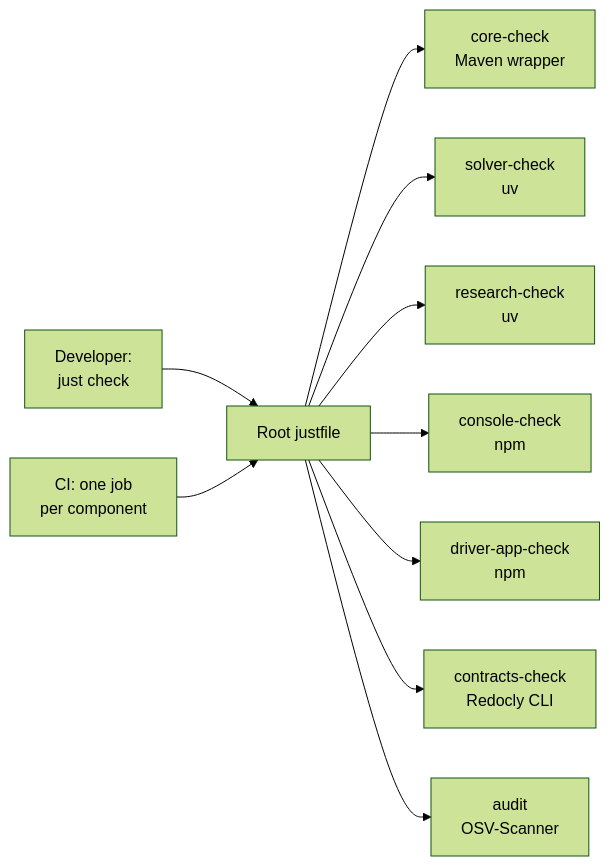
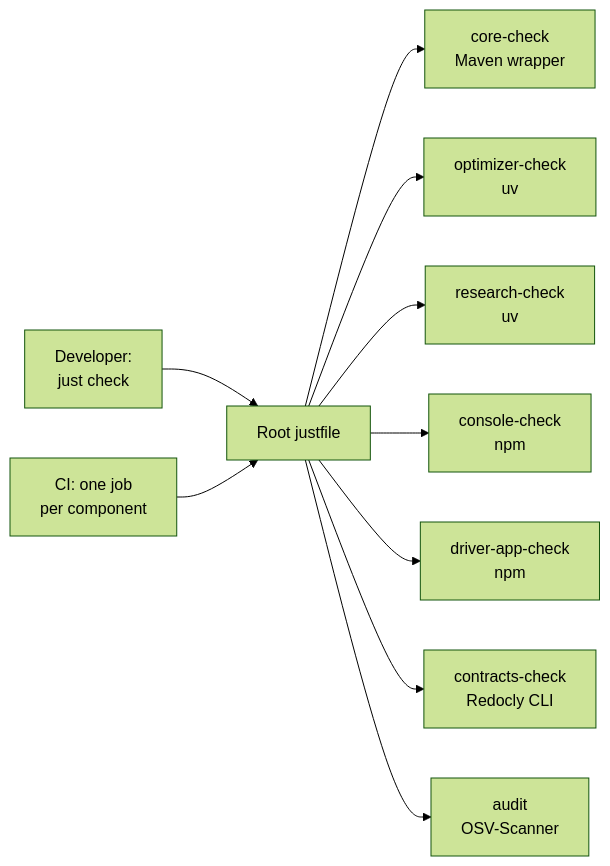
The diagram in docs/ADRs/ADR-009-just-as-the-single-entry-point.md (NaimElijah/DispatchFlow), drawn with Mermaid (forest theme) before and after one commit. The commit also changed other lines of this file and 158 other files, not shown here.

First line of the commit message:
refactor: rename the solver service to optimizer

````diff
--- a/docs/ADRs/ADR-009-just-as-the-single-entry-point.md
+++ b/docs/ADRs/ADR-009-just-as-the-single-entry-point.md
@@ -25,12 +25,12 @@
 ```mermaid
 flowchart LR
     dev["Developer:<br/>just check"] --> just["Root justfile"]
     ci["CI: one job<br/>per component"] --> just
     just --> core["core-check<br/>Maven wrapper"]
-    just --> solver["solver-check<br/>uv"]
+    just --> optimizer["optimizer-check<br/>uv"]
     just --> research["research-check<br/>uv"]
     just --> console["console-check<br/>npm"]
     just --> driver["driver-app-check<br/>npm"]
     just --> contracts["contracts-check<br/>Redocly CLI"]
     just --> audit["audit<br/>OSV-Scanner"]
 ```
````
